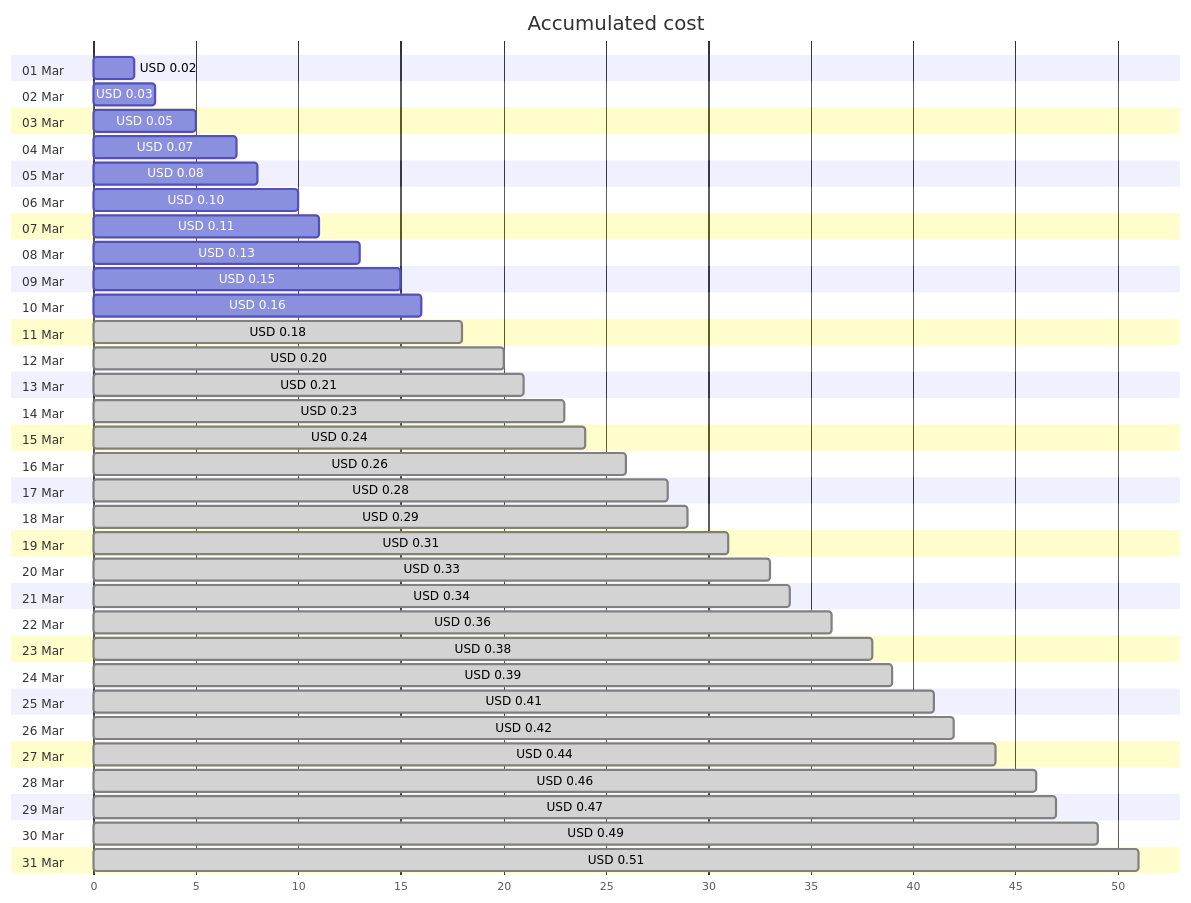
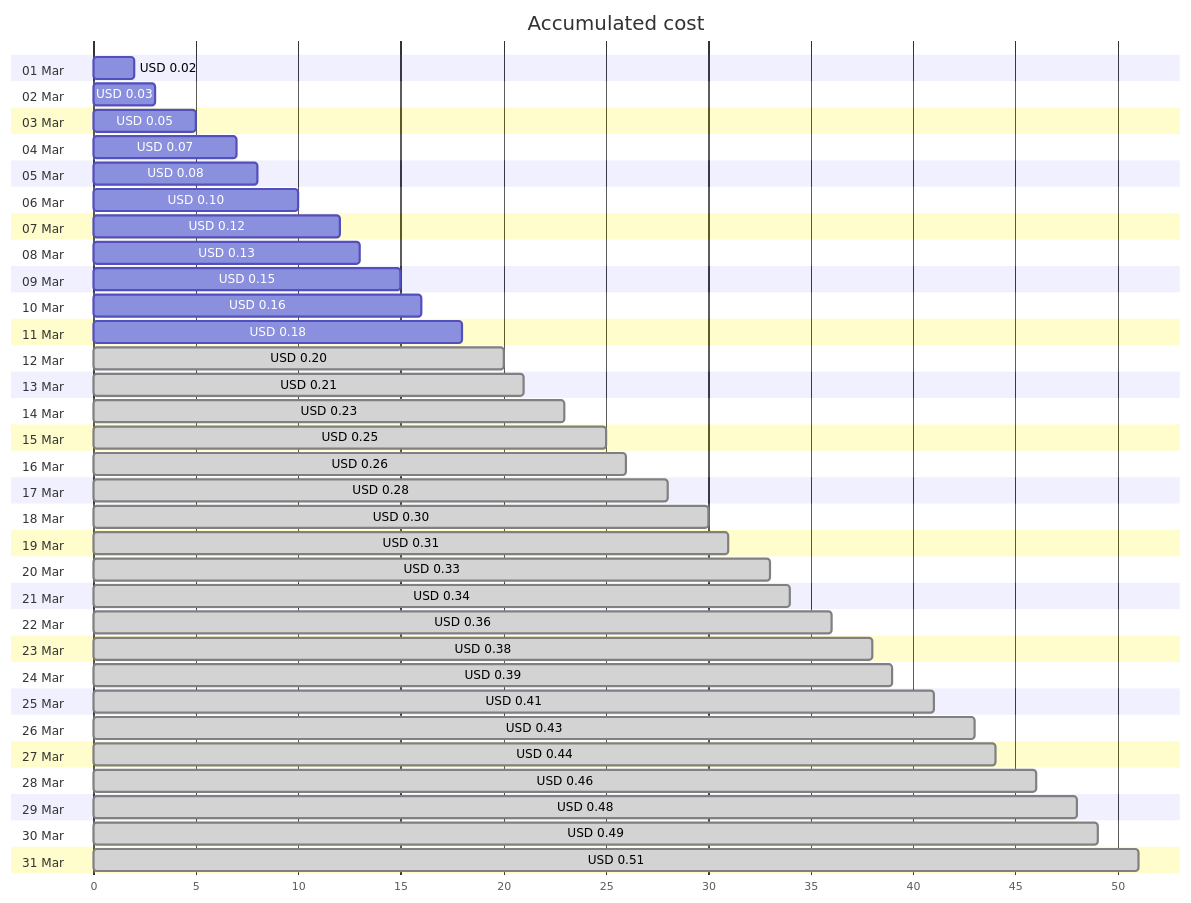
The first of 4 diagrams in cost-reports/personal-dns/jpatrickfulton.com.md (jpfulton/azure-personal-reports), drawn with Mermaid before and after one commit. The commit also changed other lines of this file and 2 other files, not shown here.

````diff
--- a/cost-reports/personal-dns/jpatrickfulton.com.md
+++ b/cost-reports/personal-dns/jpatrickfulton.com.md
@@ -20,68 +20,68 @@
 ```mermaid
 gantt
    title Accumulated cost
    dateFormat  X
    axisFormat %s
    section 01 Mar
    USD 0.02 :0, 2
    section 02 Mar
    USD 0.03 :0, 3
    section 03 Mar
    USD 0.05 :0, 5
    section 04 Mar
    USD 0.07 :0, 7
    section 05 Mar
    USD 0.08 :0, 8
    section 06 Mar
    USD 0.10 :0, 10
    section 07 Mar
-   USD 0.11 :0, 11
+   USD 0.12 :0, 12
    section 08 Mar
    USD 0.13 :0, 13
    section 09 Mar
    USD 0.15 :0, 15
    section 10 Mar
    USD 0.16 :0, 16
    section 11 Mar
-   USD 0.18 : done, 0, 18
+   USD 0.18 :0, 18
    section 12 Mar
    USD 0.20 : done, 0, 20
    section 13 Mar
    USD 0.21 : done, 0, 21
    section 14 Mar
    USD 0.23 : done, 0, 23
    section 15 Mar
-   USD 0.24 : done, 0, 24
+   USD 0.25 : done, 0, 25
    section 16 Mar
    USD 0.26 : done, 0, 26
    section 17 Mar
    USD 0.28 : done, 0, 28
    section 18 Mar
-   USD 0.29 : done, 0, 29
+   USD 0.30 : done, 0, 30
    section 19 Mar
    USD 0.31 : done, 0, 31
    section 20 Mar
    USD 0.33 : done, 0, 33
    section 21 Mar
    USD 0.34 : done, 0, 34
    section 22 Mar
    USD 0.36 : done, 0, 36
    section 23 Mar
    USD 0.38 : done, 0, 38
    section 24 Mar
    USD 0.39 : done, 0, 39
    section 25 Mar
    USD 0.41 : done, 0, 41
    section 26 Mar
-   USD 0.42 : done, 0, 42
+   USD 0.43 : done, 0, 43
    section 27 Mar
    USD 0.44 : done, 0, 44
    section 28 Mar
    USD 0.46 : done, 0, 46
    section 29 Mar
-   USD 0.47 : done, 0, 47
+   USD 0.48 : done, 0, 48
    section 30 Mar
    USD 0.49 : done, 0, 49
    section 31 Mar
    USD 0.51 : done, 0, 51
 ```
````
